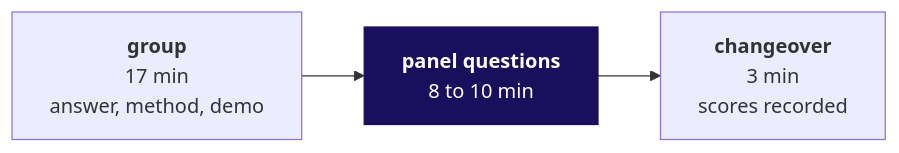
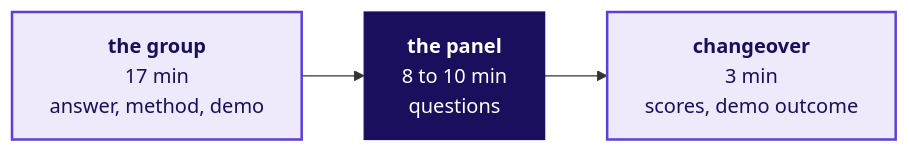
One commit to fde-academy-lab/c2-content-factory changed the diagram in content/W03/SAT/trainer/C2_W03_SAT_closure_run_sheet_TRAINER.md. Above: the diagram before and after it, drawn with Mermaid. The commit also changed other lines of this file and 1 other file, not shown here.

````diff
--- a/content/W03/SAT/trainer/C2_W03_SAT_closure_run_sheet_TRAINER.md
+++ b/content/W03/SAT/trainer/C2_W03_SAT_closure_run_sheet_TRAINER.md
@@ -24,6 +107,8 @@
 ```mermaid
 flowchart LR
-    A["<b>group</b><br/>17 min<br/>answer, method, demo"] --> B["<b>panel questions</b><br/>8 to 10 min"] --> C["<b>changeover</b><br/>3 min<br/>scores recorded"]
-    classDef core fill:#1A0F5C,stroke:#1A0F5C,color:#FFFFFF
-    class B core
+    A["<b>the group</b><br/>17 min<br/>answer, method, demo"] --> B["<b>the panel</b><br/>8 to 10 min<br/>questions"] --> C["<b>changeover</b><br/>3 min<br/>scores, demo outcome"]
+    classDef known fill:#EEEAFB,stroke:#5B3FD6,color:#1A0F5C,stroke-width:2px
+    classDef bet fill:#1A0F5C,stroke:#1A0F5C,color:#FFFFFF
+    class A,C known
+    class B bet
 ```
````
